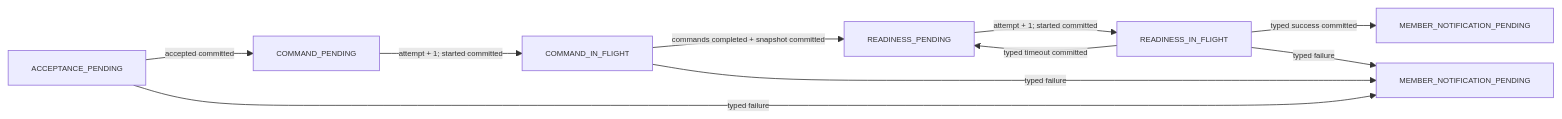
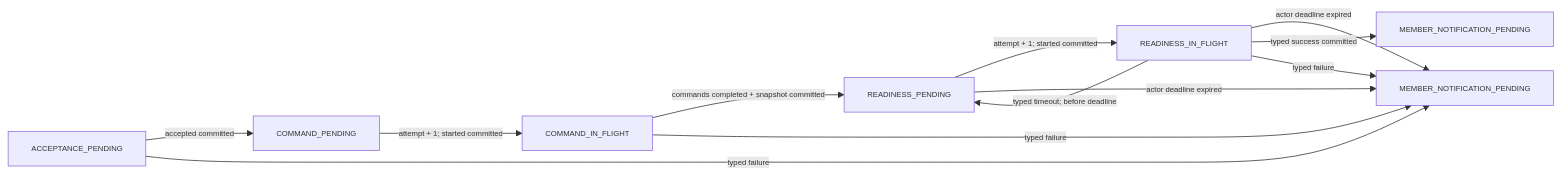
Before and after one commit to aevatarAI/aevatar: the second of 2 diagrams in docs/history/2026-08/2026-08-14-studio-binding-durable-readiness-recovery-design.md, drawn with Mermaid. The commit also changed other lines of this file and 29 other files, not shown here.

````diff
--- a/docs/history/2026-08/2026-08-14-studio-binding-durable-readiness-recovery-design.md
+++ b/docs/history/2026-08/2026-08-14-studio-binding-durable-readiness-recovery-design.md
@@ -54,13 +56,15 @@
 ```mermaid
 %%{init: {"maxTextSize": 100000, "flowchart": {"useMaxWidth": false, "nodeSpacing": 10, "rankSpacing": 50}, "themeVariables": {"fontSize": "10px"}}}%%
 flowchart LR
     A["ACCEPTANCE_PENDING"] -->|"accepted committed"| B["COMMAND_PENDING"]
     B -->|"attempt + 1; started committed"| C["COMMAND_IN_FLIGHT"]
     C -->|"commands completed + snapshot committed"| D["READINESS_PENDING"]
     D -->|"attempt + 1; started committed"| E["READINESS_IN_FLIGHT"]
-    E -->|"typed timeout committed"| D
+    E -->|"typed timeout; before deadline"| D
+    D -->|"actor deadline expired"| G["MEMBER_NOTIFICATION_PENDING"]
+    E -->|"actor deadline expired"| G
     E -->|"typed success committed"| F["MEMBER_NOTIFICATION_PENDING"]
-    A -->|"typed failure"| G["MEMBER_NOTIFICATION_PENDING"]
+    A -->|"typed failure"| G
     C -->|"typed failure"| G
     E -->|"typed failure"| G
 ```
````
